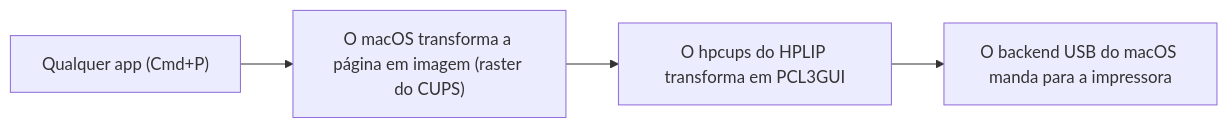
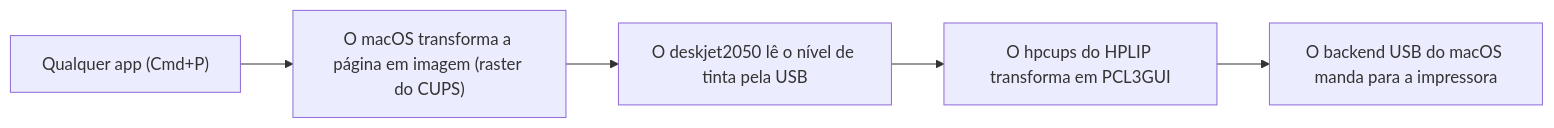
One commit to jonathaxs/deskjet-2050-macos changed the first of 2 diagrams in .github/README.md. Above: the diagram before and after it, drawn with Mermaid. The commit also changed other lines of this file and 4 other files, not shown here.

Commit message:
feat: adicionado nível de tinta nos ajustes do Mac

````diff
--- a/.github/README.md
+++ b/.github/README.md
@@ -78,6 +89,7 @@
 ```mermaid
 flowchart LR
     App["Qualquer app (Cmd+P)"] --> Raster["O macOS transforma a página em imagem (raster do CUPS)"]
-    Raster --> Filter["O hpcups do HPLIP transforma em PCL3GUI"]
+    Raster --> Levels["O deskjet2050 lê o nível de tinta pela USB"]
+    Levels --> Filter["O hpcups do HPLIP transforma em PCL3GUI"]
     Filter --> USB["O backend USB do macOS manda para a impressora"]
 ```
````
